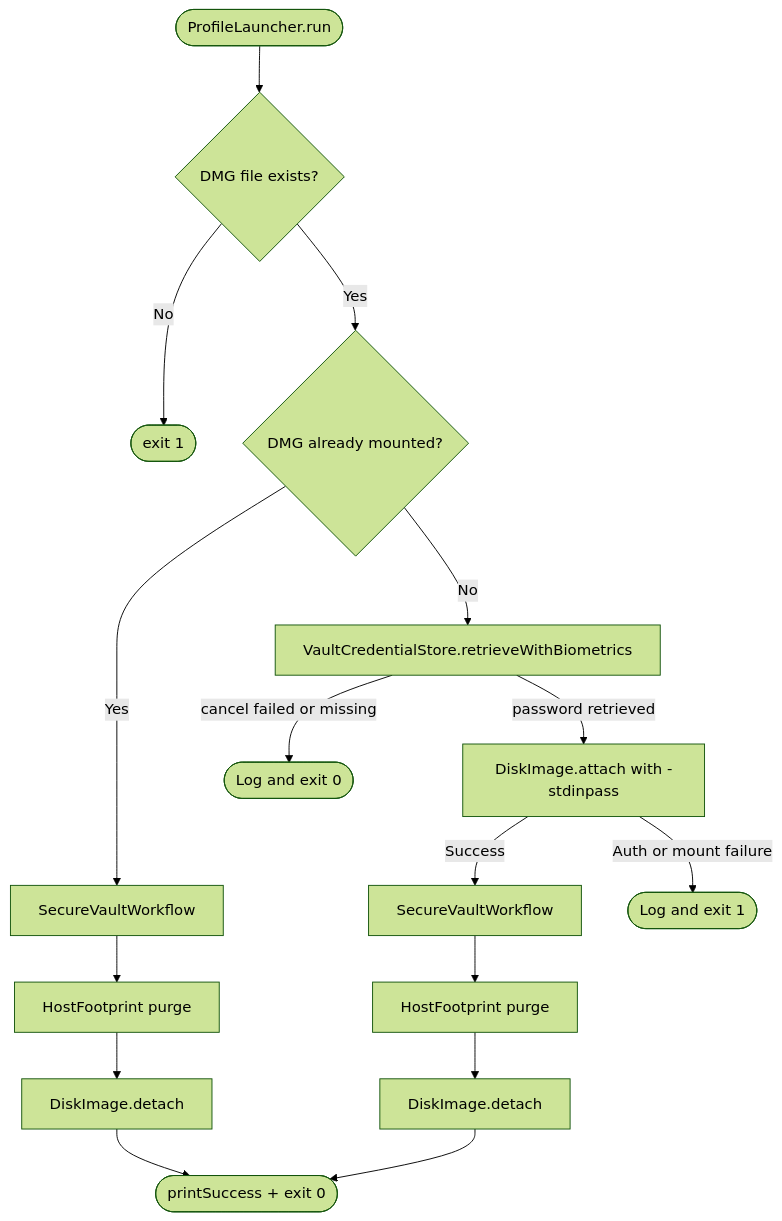
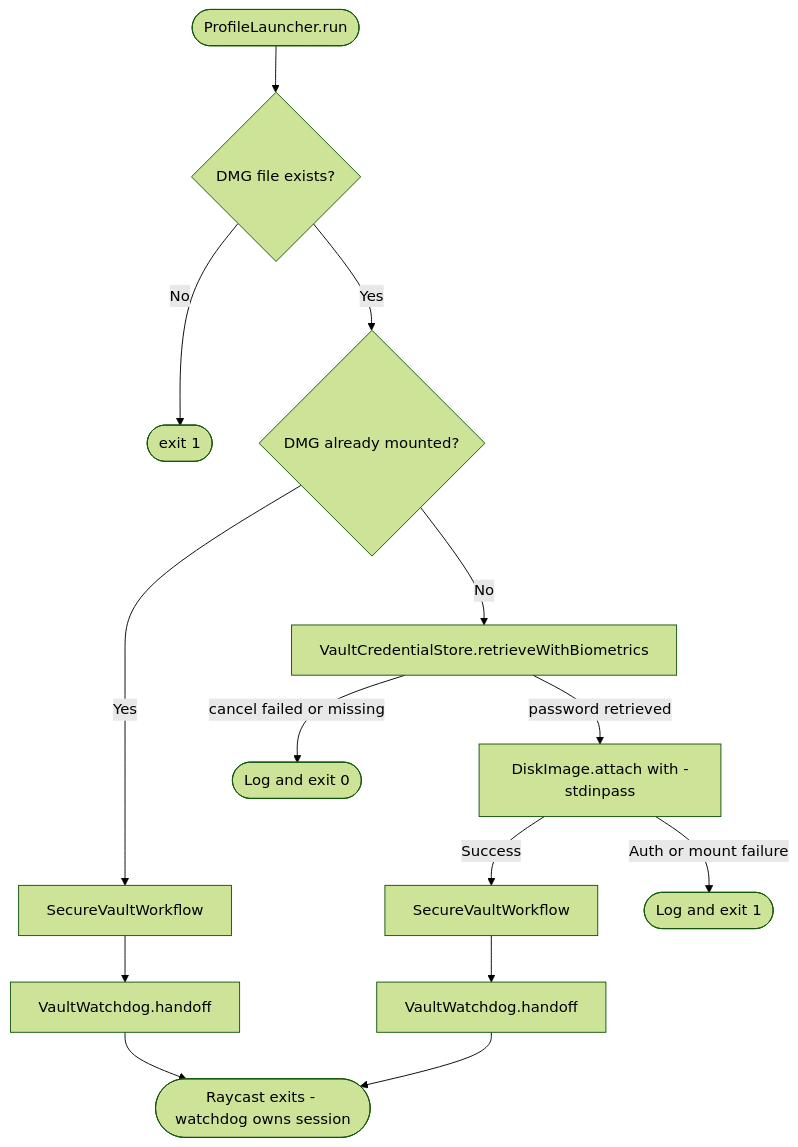
One commit to Johann-Goncalves-Pereira/Raycast changed the second of 6 diagrams in პროფილი/README.md. Above: the diagram before and after it, drawn with Mermaid (forest theme). The commit also changed other lines of this file and 17 other files, not shown here.

````diff
--- a/პროფილი/README.md
+++ b/პროფილი/README.md
@@ -70,22 +75,19 @@
 ```mermaid
 flowchart TD
     Start([ProfileLauncher.run]) --> ValidateDMG{DMG file exists?}
     ValidateDMG -->|No| Exit1([exit 1])
     ValidateDMG -->|Yes| CheckMounted{DMG already mounted?}
 
     CheckMounted -->|Yes| SecureMounted[SecureVaultWorkflow]
     CheckMounted -->|No| TouchID[VaultCredentialStore.retrieveWithBiometrics]
 
     TouchID -->|password retrieved| StdinMount[DiskImage.attach with -stdinpass]
     TouchID -->|cancel failed or missing| Abort([Log and exit 0])
     StdinMount -->|Success| SecureTouchID[SecureVaultWorkflow]
     StdinMount -->|Auth or mount failure| ExitFail([Log and exit 1])
 
-    SecureMounted --> Purge1[HostFootprint purge]
-    SecureTouchID --> Purge2[HostFootprint purge]
-    Purge1 --> Eject1[DiskImage.detach]
-    Purge2 --> Eject2[DiskImage.detach]
-
-    Eject1 --> Success([printSuccess + exit 0])
-    Eject2 --> Success
+    SecureMounted --> Handoff1[VaultWatchdog.handoff]
+    SecureTouchID --> Handoff2[VaultWatchdog.handoff]
+    Handoff1 --> Done([Raycast exits - watchdog owns session])
+    Handoff2 --> Done
 ```
````
